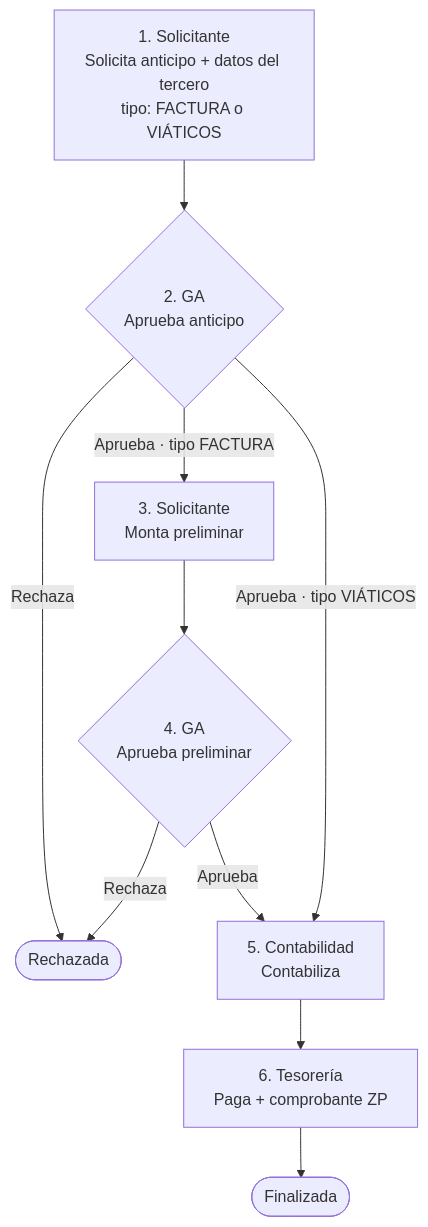
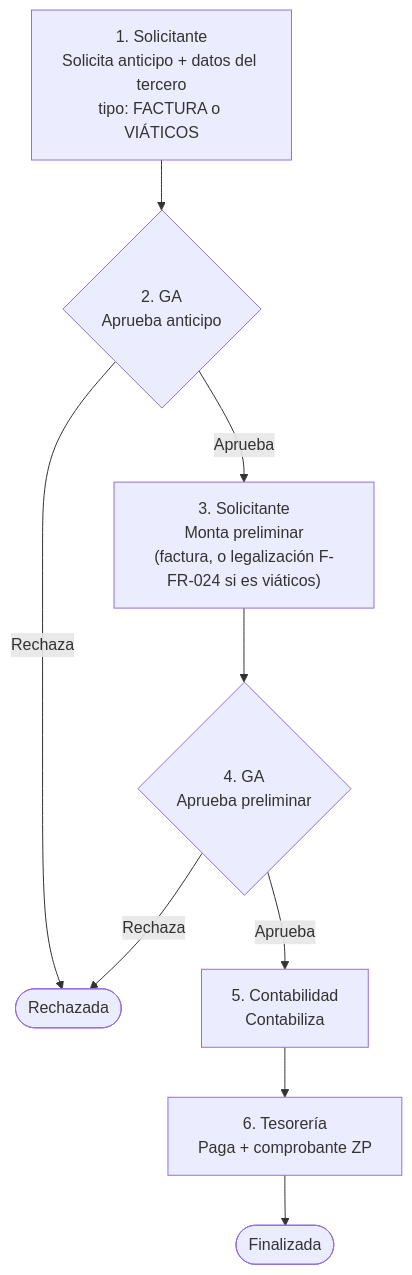
Before and after one commit to cesararr1108/control-gastos: the second of 3 diagrams in docs/FLUJOS.md, drawn with Mermaid. The commit also changed other lines of this file and 11 other files, not shown here.

First line of the commit message:
Viáticos con los formatos F-FR-023 (solicitud) y F-FR-024 (legalización)

````diff
--- a/docs/FLUJOS.md
+++ b/docs/FLUJOS.md
@@ -81,14 +81,13 @@
 ```mermaid
 flowchart TD
     A["1. Solicitante<br/>Solicita anticipo + datos del tercero<br/>tipo: FACTURA o VIÁTICOS"] --> B
     B{"2. GA<br/>Aprueba anticipo"}
     B -- Rechaza --> X([Rechazada])
-    B -- "Aprueba · tipo FACTURA" --> C
-    B -- "Aprueba · tipo VIÁTICOS" --> E
-    C["3. Solicitante<br/>Monta preliminar"] --> D
+    B -- Aprueba --> C
+    C["3. Solicitante<br/>Monta preliminar<br/>(factura, o legalización F-FR-024 si es viáticos)"] --> D
     D{"4. GA<br/>Aprueba preliminar"}
     D -- Rechaza --> X
     D -- Aprueba --> E
     E["5. Contabilidad<br/>Contabiliza"] --> F
     F["6. Tesorería<br/>Paga + comprobante ZP"] --> Z([Finalizada])
 ```
````
